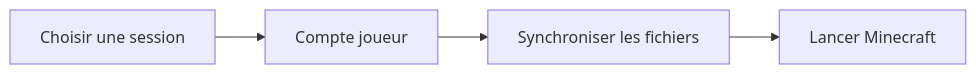
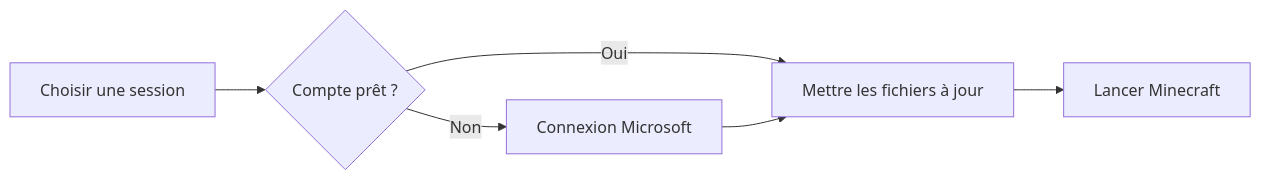
One commit to Infuseting/Portfolio changed the diagram in src/content/projects/fr/launched.mdx. Above: the diagram before and after it, drawn with Mermaid. The commit also changed other lines of this file and 9 other files, not shown here.

````diff
--- a/src/content/projects/fr/launched.mdx
+++ b/src/content/projects/fr/launched.mdx
@@ -36,6 +41,8 @@
 ```mermaid
 flowchart LR
-  A[Choisir une session] --> B[Compte joueur]
-  B --> C[Synchroniser les fichiers]
-  C --> D[Lancer Minecraft]
+    A[Choisir une session] --> B{Compte prêt ?}
+    B -->|Non| C[Connexion Microsoft]
+    B -->|Oui| D[Mettre les fichiers à jour]
+    C --> D
+    D --> E[Lancer Minecraft]
 ```
````
